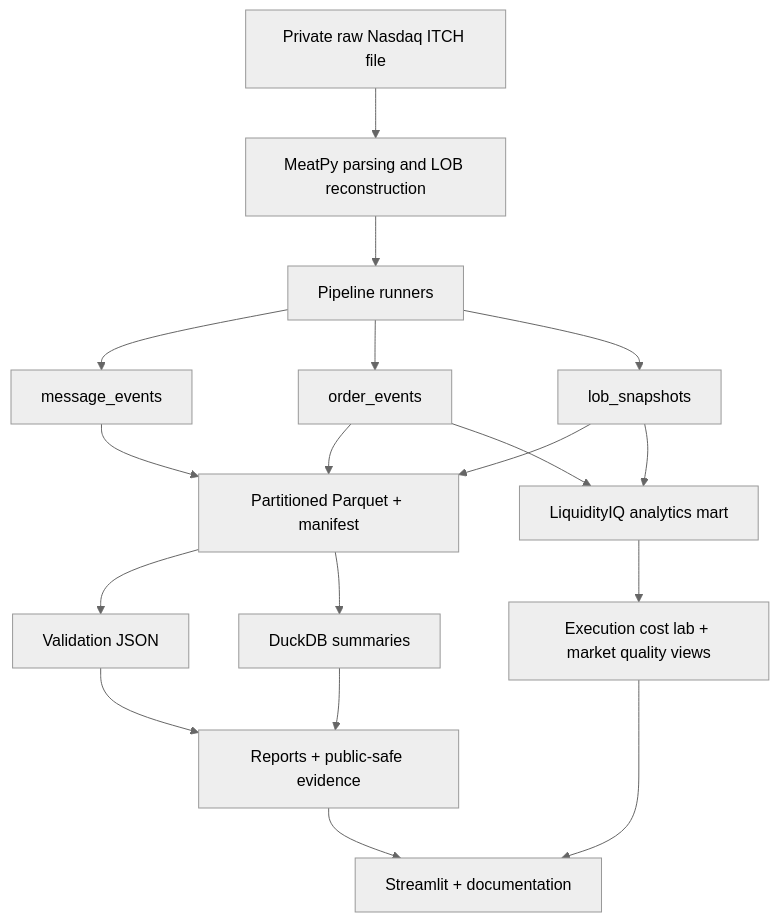
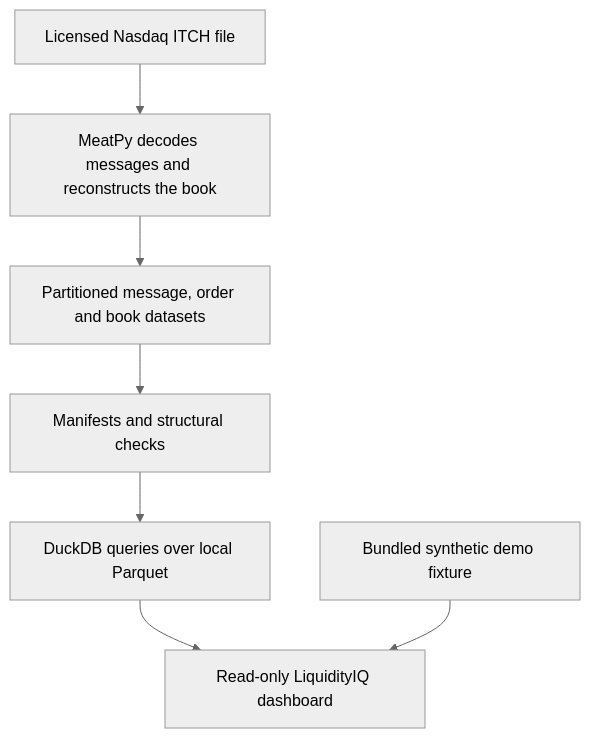
One commit to HetAshar13/itch-data-pipeline changed the diagram in README.md. Above: the diagram before and after it, drawn with Mermaid (neutral theme). The commit also changed other lines of this file and 2 other files, not shown here.

First line of the commit message:
Show the QQQ liquidity example and the Iris run (#2)

````diff
--- a/README.md
+++ b/README.md
@@ -42,20 +46,9 @@
 ```mermaid
 flowchart TD
-    A["Private raw Nasdaq ITCH file"] --> B["MeatPy parsing and LOB reconstruction"]
-    B --> C["Pipeline runners"]
-    C --> D["message_events"]
-    C --> E["order_events"]
-    C --> F["lob_snapshots"]
-    D --> G["Partitioned Parquet + manifest"]
-    E --> G
-    F --> G
-    G --> H["Validation JSON"]
-    G --> I["DuckDB summaries"]
-    F --> L["LiquidityIQ analytics mart"]
-    E --> L
-    L --> M["Execution cost lab + market quality views"]
-    H --> J["Reports + public-safe evidence"]
-    I --> J
-    J --> K["Streamlit + documentation"]
-    M --> K
+    A["Licensed Nasdaq ITCH file"] --> B["MeatPy decodes messages and reconstructs the book"]
+    B --> C["Partitioned message, order and book datasets"]
+    C --> D["Manifests and structural checks"]
+    D --> E["DuckDB queries over local Parquet"]
+    E --> F["Read-only LiquidityIQ dashboard"]
+    G["Bundled synthetic demo fixture"] --> F
 ```
````
